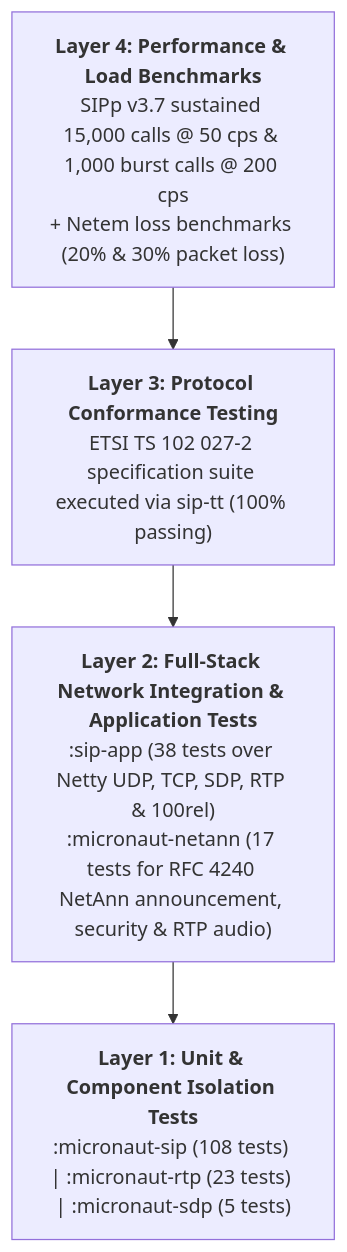
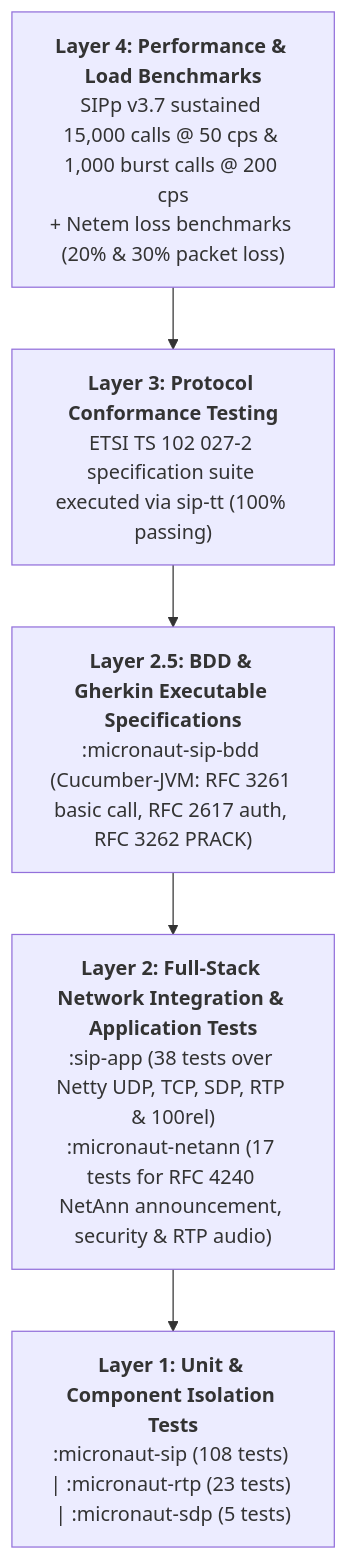
The first of 2 diagrams in doc/TESTING.md (net-pilgrim/micronaut-sip), drawn with Mermaid before and after one commit. The commit also changed other lines of this file and 22 other files, not shown here.

````diff
--- a/doc/TESTING.md
+++ b/doc/TESTING.md
@@ -7,10 +7,12 @@
 ```mermaid
 flowchart TD
     L4["<b>Layer 4: Performance & Load Benchmarks</b><br/>SIPp v3.7 sustained 15,000 calls @ 50 cps & 1,000 burst calls @ 200 cps<br/>+ Netem loss benchmarks (20% & 30% packet loss)"]
     L3["<b>Layer 3: Protocol Conformance Testing</b><br/>ETSI TS 102 027-2 specification suite executed via sip-tt (100% passing)"]
+    L2B["<b>Layer 2.5: BDD & Gherkin Executable Specifications</b><br/>:micronaut-sip-bdd (Cucumber-JVM: RFC 3261 basic call, RFC 2617 auth, RFC 3262 PRACK)"]
     L2["<b>Layer 2: Full-Stack Network Integration & Application Tests</b><br/>:sip-app (38 tests over Netty UDP, TCP, SDP, RTP & 100rel)<br/>:micronaut-netann (17 tests for RFC 4240 NetAnn announcement, security & RTP audio)"]
     L1["<b>Layer 1: Unit & Component Isolation Tests</b><br/>:micronaut-sip (108 tests) | :micronaut-rtp (23 tests) | :micronaut-sdp (5 tests)"]
     L4 --> L3
-    L3 --> L2
+    L3 --> L2B
+    L2B --> L2
     L2 --> L1
 ```
````
